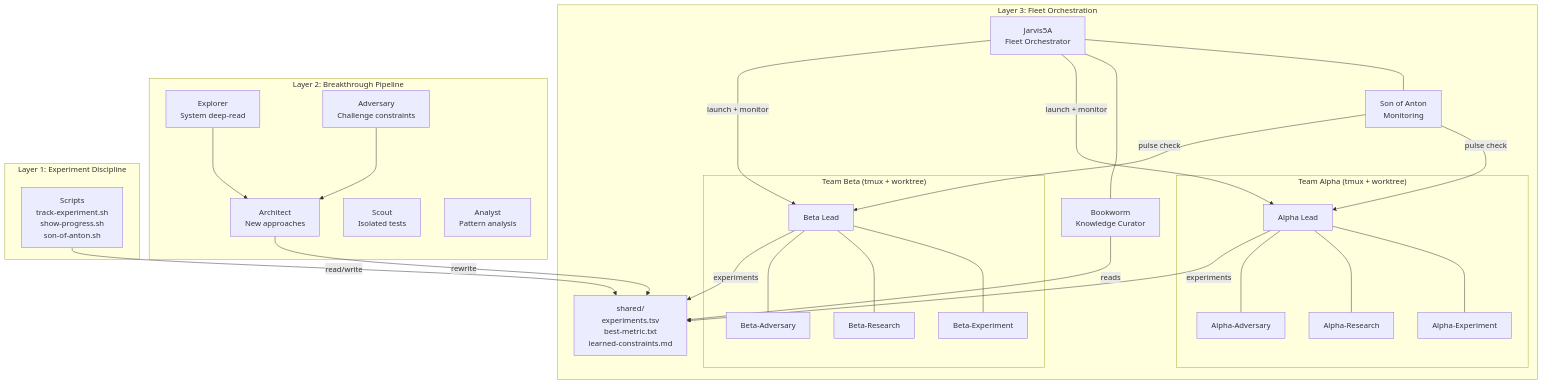
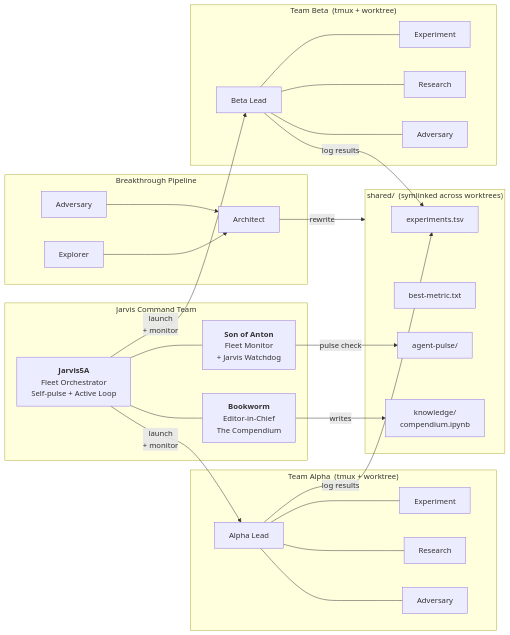
Before and after one commit to SteeZyT33/perf-lab-plugin: the diagram in README.md, drawn with Mermaid. The commit also changed other lines of this file, not shown here.

Commit message:
docs: update README for v3.3.0 — Compendium, active Jarvis, legible mermaid diagram
Updates README to reflect Bookworm as Editor-in-Chief maintaining The
Compendium (compendium.ipynb). Redesigns mermaid architecture diagram
from dense TB layout to cleaner LR layout with bigger labels and fewer
nested subgraphs for GitHub legibility. Updates agent roles, knowledge
base section, and communication flow.

````diff
--- a/README.md
+++ b/README.md
@@ -257,57 +259,50 @@
 ```mermaid
-graph TB
-    subgraph "Layer 3: Fleet Orchestration"
-        J[Jarvis5A<br/>Fleet Orchestrator]
-        SoA[Son of Anton<br/>Monitoring]
-        BW[Bookworm<br/>Knowledge Curator]
-
-        J --- SoA
-        J --- BW
-
-        subgraph "Team Alpha (tmux + worktree)"
-            AL[Alpha Lead]
-            AE[Alpha-Experiment]
-            AR[Alpha-Research]
-            AA[Alpha-Adversary]
-            AL --- AE
-            AL --- AR
-            AL --- AA
-        end
-
-        subgraph "Team Beta (tmux + worktree)"
-            BL[Beta Lead]
-            BE[Beta-Experiment]
-            BR[Beta-Research]
-            BA[Beta-Adversary]
-            BL --- BE
-            BL --- BR
-            BL --- BA
-        end
-
-        J -->|launch + monitor| AL
-        J -->|launch + monitor| BL
-        SoA -->|pulse check| AL
-        SoA -->|pulse check| BL
-        BW -->|reads| shared
+graph LR
+    subgraph CMD["Jarvis Command Team"]
+        J["<b>Jarvis5A</b><br/>Fleet Orchestrator<br/>Self-pulse + Active Loop"]
+        SoA["<b>Son of Anton</b><br/>Fleet Monitor<br/>+ Jarvis Watchdog"]
+        BW["<b>Bookworm</b><br/>Editor-in-Chief<br/>The Compendium"]
     end
 
-    subgraph "Layer 2: Breakthrough Pipeline"
-        EX[Explorer<br/>System deep-read]
-        AD[Adversary<br/>Challenge constraints]
-        AC[Architect<br/>New approaches]
-        SC[Scout<br/>Isolated tests]
-        AN[Analyst<br/>Pattern analysis]
-        EX --> AC
-        AD --> AC
+    subgraph ALPHA["Team Alpha &nbsp;(tmux + worktree)"]
+        AL["Alpha Lead"]
+        AE["Experiment"]
+        AR["Research"]
+        AA["Adversary"]
     end
 
-    subgraph "Layer 1: Experiment Discipline"
-        shared[shared/<br/>experiments.tsv<br/>best-metric.txt<br/>learned-constraints.md]
-        scripts[Scripts<br/>track-experiment.sh<br/>show-progress.sh<br/>son-of-anton.sh]
+    subgraph BETA["Team Beta &nbsp;(tmux + worktree)"]
+        BL["Beta Lead"]
+        BE["Experiment"]
+        BR["Research"]
+        BA["Adversary"]
     end
 
-    AL -->|experiments| shared
-    BL -->|experiments| shared
-    AC -->|rewrite| shared
-    scripts -->|read/write| shared
+    subgraph BREAK["Breakthrough Pipeline"]
+        EX["Explorer"] --> AC["Architect"]
+        AD["Adversary"] --> AC
+    end
+
+    subgraph STATE["shared/ &nbsp;(symlinked across worktrees)"]
+        TSV["experiments.tsv"]
+        BEST["best-metric.txt"]
+        PULSE["agent-pulse/"]
+        KNOW["knowledge/<br/>compendium.ipynb"]
+    end
+
+    J -->|"launch<br/>+ monitor"| AL
+    J -->|"launch<br/>+ monitor"| BL
+    J --- SoA
+    J --- BW
+    AL --- AE
+    AL --- AR
+    AL --- AA
+    BL --- BE
+    BL --- BR
+    BL --- BA
+    SoA -->|"pulse check"| PULSE
+    BW -->|"writes"| KNOW
+    AL -->|"log results"| TSV
+    BL -->|"log results"| TSV
+    AC -->|"rewrite"| STATE
 ```
````
